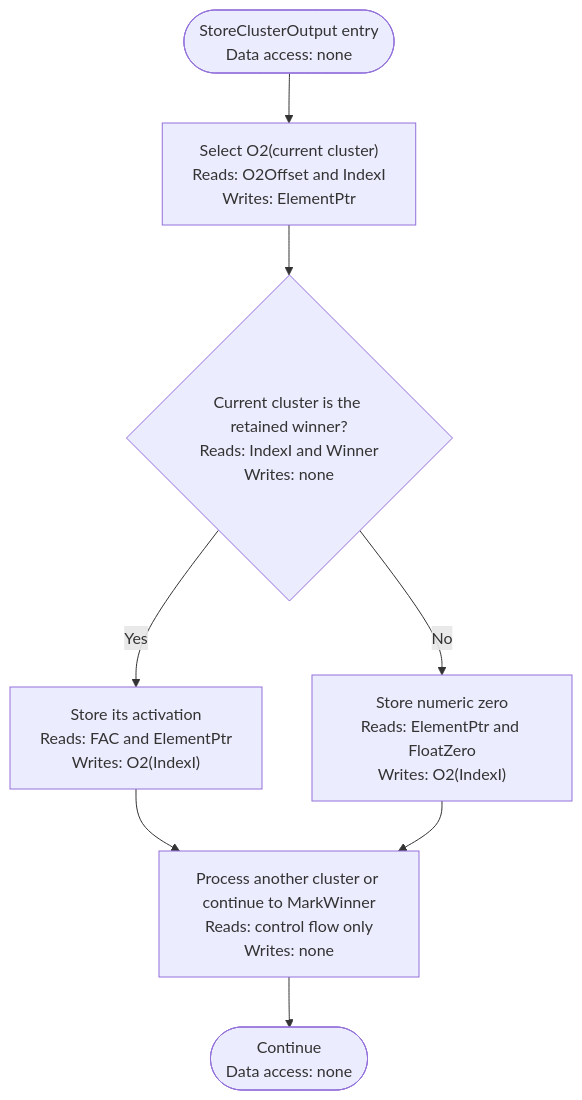
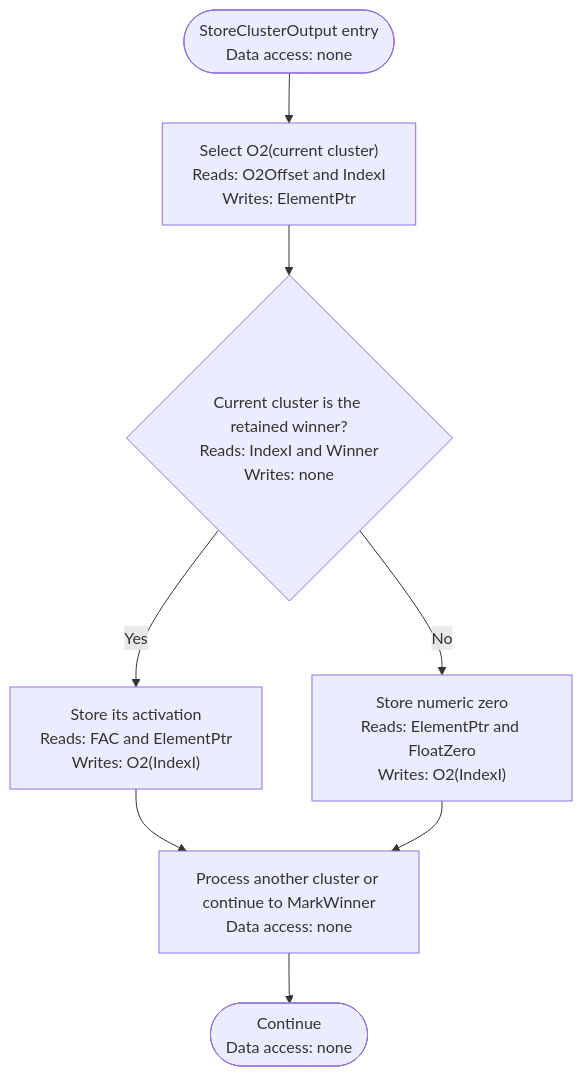
Before and after one commit to sharpninja/NeuralNetworks: diagram 20 of 44 in docs/Diagrams/CL-ML-Activity-Diagrams.md, drawn with Mermaid. The commit also changed other lines of this file and 10 other files, not shown here.

````diff
--- a/docs/Diagrams/CL-ML-Activity-Diagrams.md
+++ b/docs/Diagrams/CL-ML-Activity-Diagrams.md
@@ -471,9 +503,9 @@
 ```mermaid
 flowchart TD
     A(["StoreClusterOutput entry<br/>Data access: none"]) --> B["Select O2(current cluster)<br/>Reads: O2Offset and IndexI<br/>Writes: ElementPtr"]
     B --> C{"Current cluster is the retained winner?<br/>Reads: IndexI and Winner<br/>Writes: none"}
     C -- Yes --> D["Store its activation<br/>Reads: FAC and ElementPtr<br/>Writes: O2(IndexI)"]
     C -- No --> E["Store numeric zero<br/>Reads: ElementPtr and FloatZero<br/>Writes: O2(IndexI)"]
-    D --> F["Process another cluster or continue to MarkWinner<br/>Reads: control flow only<br/>Writes: none"] --> Z(["Continue<br/>Data access: none"])
+    D --> F["Process another cluster or continue to MarkWinner<br/>Data access: none"] --> Z(["Continue<br/>Data access: none"])
     E --> F
 ```
````
